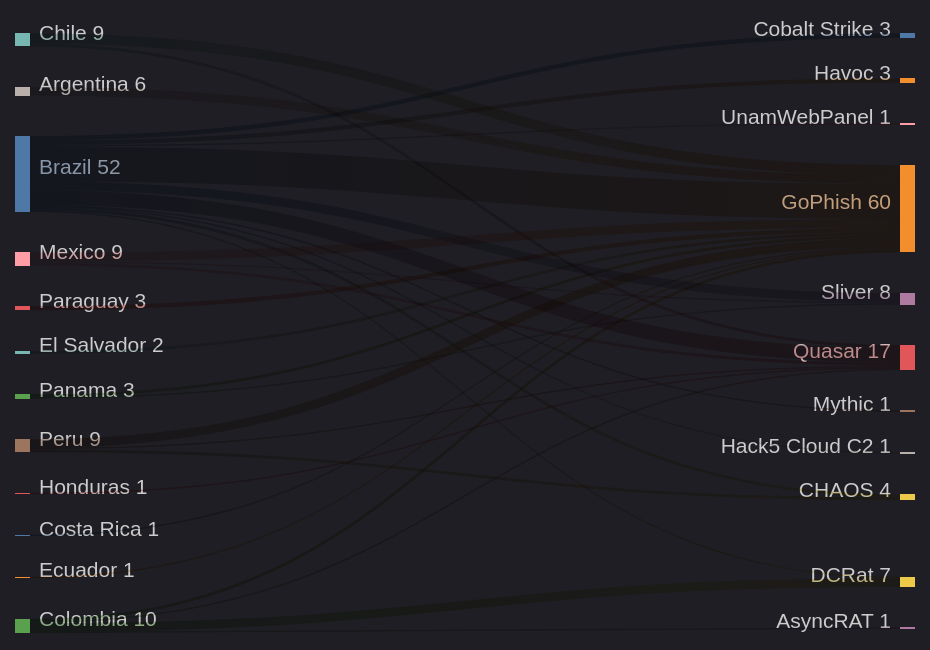
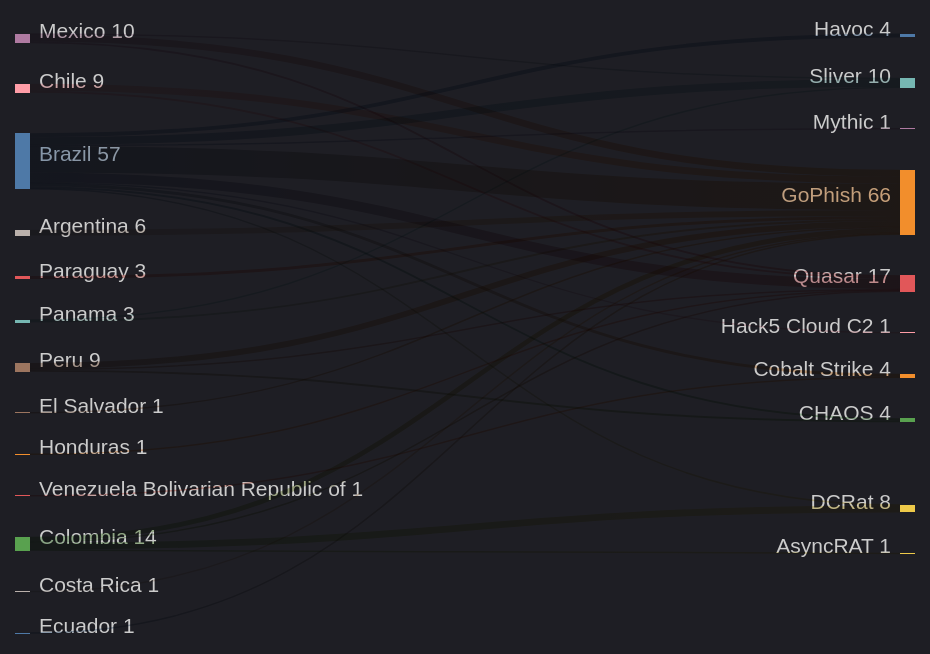
One commit to ZoqueLabs/website changed the fifth of 8 diagrams in zolim.md. Above: the diagram before and after it, drawn with Mermaid. The commit also changed other lines of this file, not shown here.

````diff
--- a/zolim.md
+++ b/zolim.md
@@ -114,38 +114,38 @@
 ```mermaid
 ---
 config:
   theme: dark
 ---
 %% Country → Threat (top)
 sankey-beta
-  Brazil,GoPhish,24
+  Brazil,GoPhish,27
   Brazil,Quasar,10
+  Brazil,Sliver,8
+  Colombia,DCRat,7
+  Mexico,GoPhish,7
   Chile,GoPhish,7
-  Colombia,DCRat,6
-  Brazil,Sliver,6
-  Mexico,GoPhish,6
   Peru,GoPhish,6
   Argentina,GoPhish,6
+  Colombia,GoPhish,5
+  Brazil,Havoc,4
   Brazil,Cobalt Strike,3
-  Brazil,Havoc,3
   Paraguay,GoPhish,3
-  El Salvador,GoPhish,2
-  Colombia,GoPhish,2
   Chile,Quasar,2
   Panama,GoPhish,2
   Mexico,Quasar,2
   Peru,CHAOS,2
   Brazil,CHAOS,2
   Colombia,AsyncRAT,1
-  Brazil,UnamWebPanel,1
   Brazil,Mythic,1
   Brazil,Hack5 Cloud C2,1
   Mexico,Sliver,1
   Panama,Sliver,1
   Peru,Quasar,1
+  El Salvador,GoPhish,1
   Costa Rica,GoPhish,1
   Ecuador,GoPhish,1
   Brazil,DCRat,1
   Honduras,Quasar,1
   Colombia,Quasar,1
+  Venezuela  Bolivarian Republic of,Cobalt Strike,1
 ```
````
